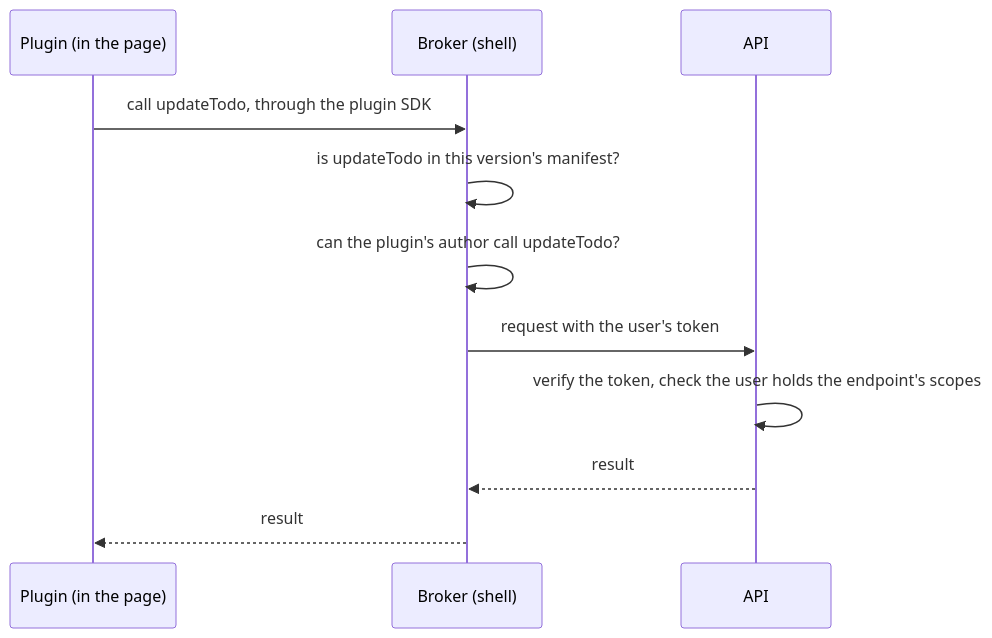
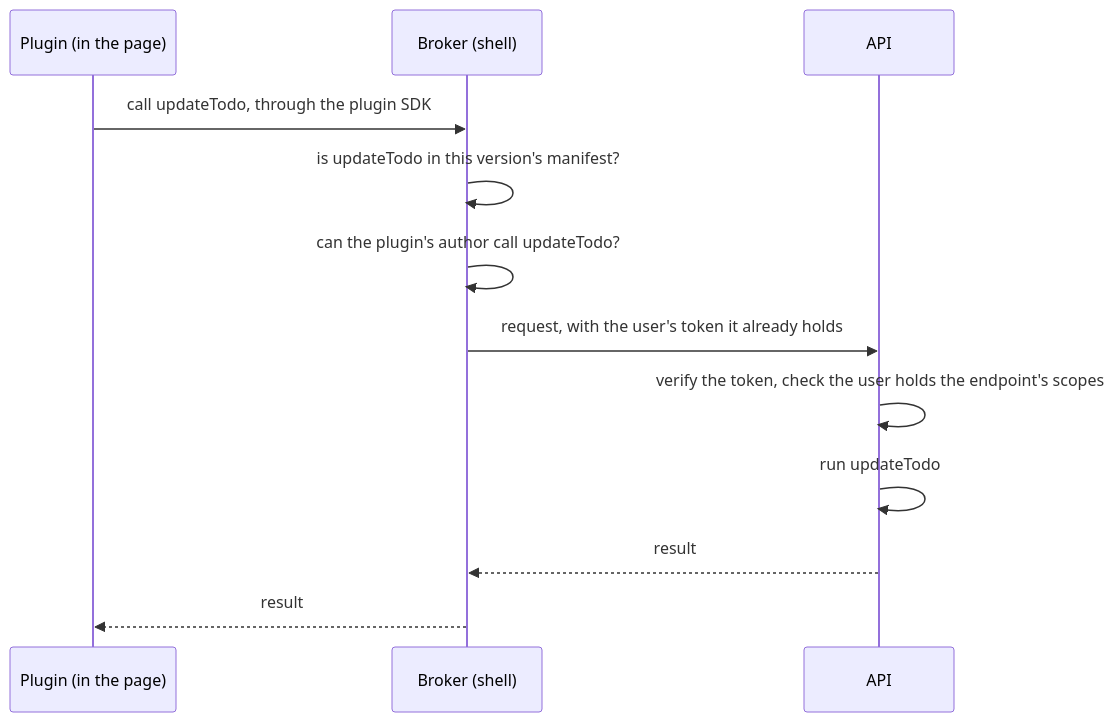
The second of 3 diagrams in docs/03-architecture.md (mcwhittemore/thixo), drawn with Mermaid before and after one commit. The commit also changed other lines of this file and 7 other files, not shown here.

First line of the commit message:
Architecture: two API sides, nested slots, storing plugin data

````diff
--- a/docs/03-architecture.md
+++ b/docs/03-architecture.md
@@ -56,13 +57,14 @@
 ```mermaid
 sequenceDiagram
   participant P as Plugin (in the page)
   participant B as Broker (shell)
   participant A as API
   P->>B: call updateTodo, through the plugin SDK
   B->>B: is updateTodo in this version's manifest?
   B->>B: can the plugin's author call updateTodo?
-  B->>A: request with the user's token
+  B->>A: request, with the user's token it already holds
   A->>A: verify the token, check the user holds the endpoint's scopes
+  A->>A: run updateTodo
   A-->>B: result
   B-->>P: result
 ```
````
